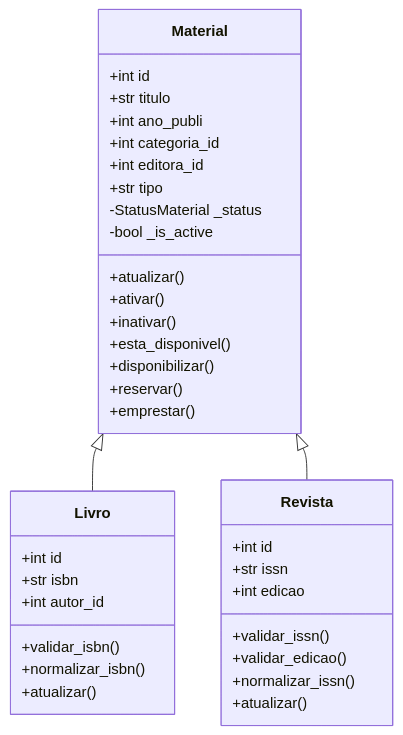
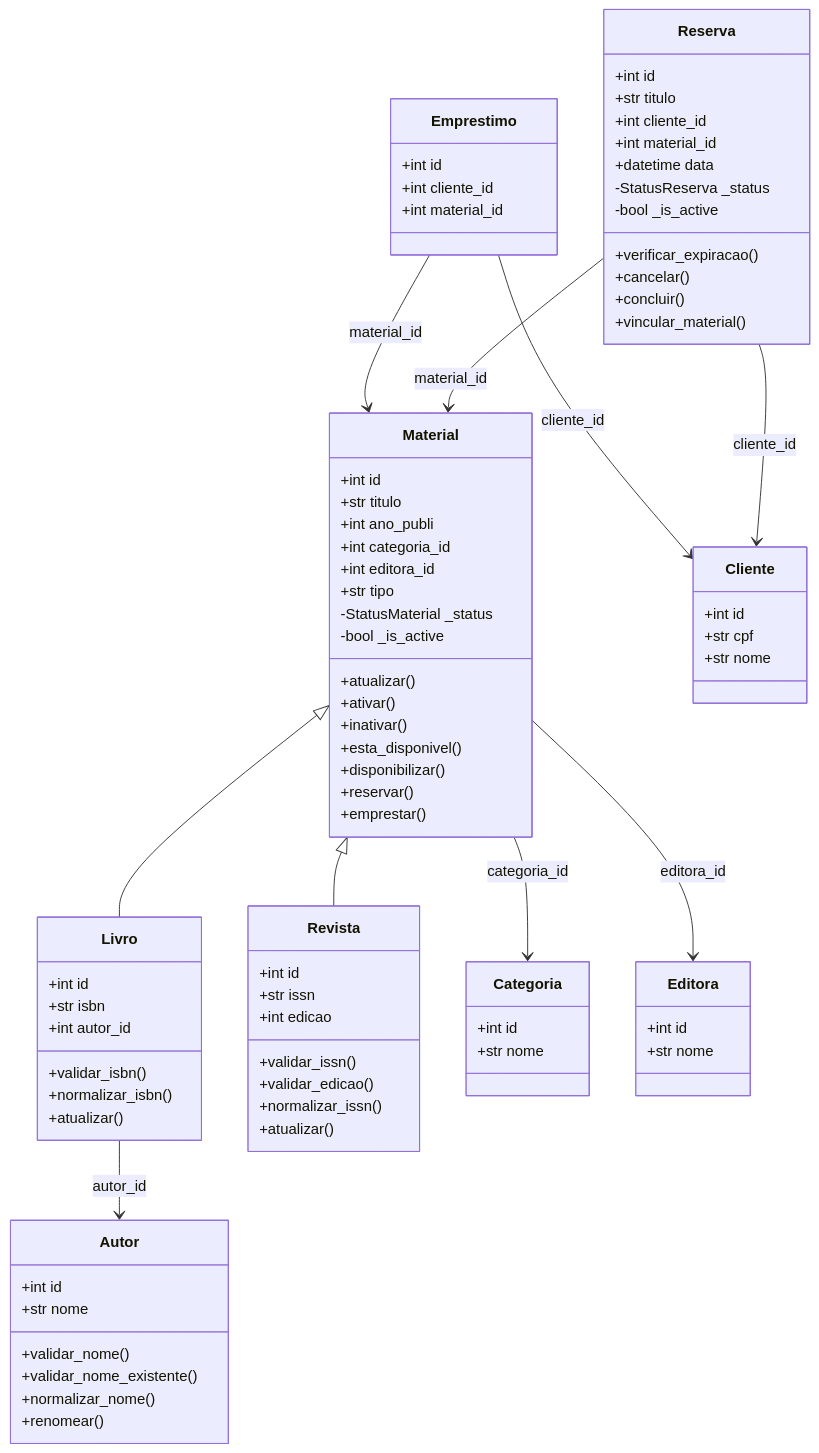
The first of 2 diagrams in docs/classes/diagrama/modelagem_classes.md (vitordanielsilvaleao-png/orientada_objetos), drawn with Mermaid before and after one commit. The commit also changed other lines of this file, not shown here.

Commit message:
docs: completa diagrama de classes e services
Updated the class diagram documentation to include additional entities and relationships, enhancing the overview of the APOLO library management system.

````diff
--- a/docs/classes/diagrama/modelagem_classes.md
+++ b/docs/classes/diagrama/modelagem_classes.md
@@ -44,6 +46,61 @@
         +atualizar()
     }
 
+    class Autor {
+        +int id
+        +str nome
+        +validar_nome()
+        +validar_nome_existente()
+        +normalizar_nome()
+        +renomear()
+    }
+
+    class Categoria {
+        +int id
+        +str nome
+    }
+
+    class Editora {
+        +int id
+        +str nome
+    }
+
+    class Cliente {
+        +int id
+        +str cpf
+        +str nome
+    }
+
+    class Emprestimo {
+        +int id
+        +int cliente_id
+        +int material_id
+    }
+
+    class Reserva {
+        +int id
+        +str titulo
+        +int cliente_id
+        +int material_id
+        +datetime data
+        -StatusReserva _status
+        -bool _is_active
+        +verificar_expiracao()
+        +cancelar()
+        +concluir()
+        +vincular_material()
+    }
+
     Material <|-- Livro
     Material <|-- Revista
+
+    Livro --> Autor : autor_id
+    Material --> Categoria : categoria_id
+    Material --> Editora : editora_id
+
+    Emprestimo --> Cliente : cliente_id
+    Emprestimo --> Material : material_id
+
+    Reserva --> Cliente : cliente_id
+    Reserva --> Material : material_id
 ```
````
